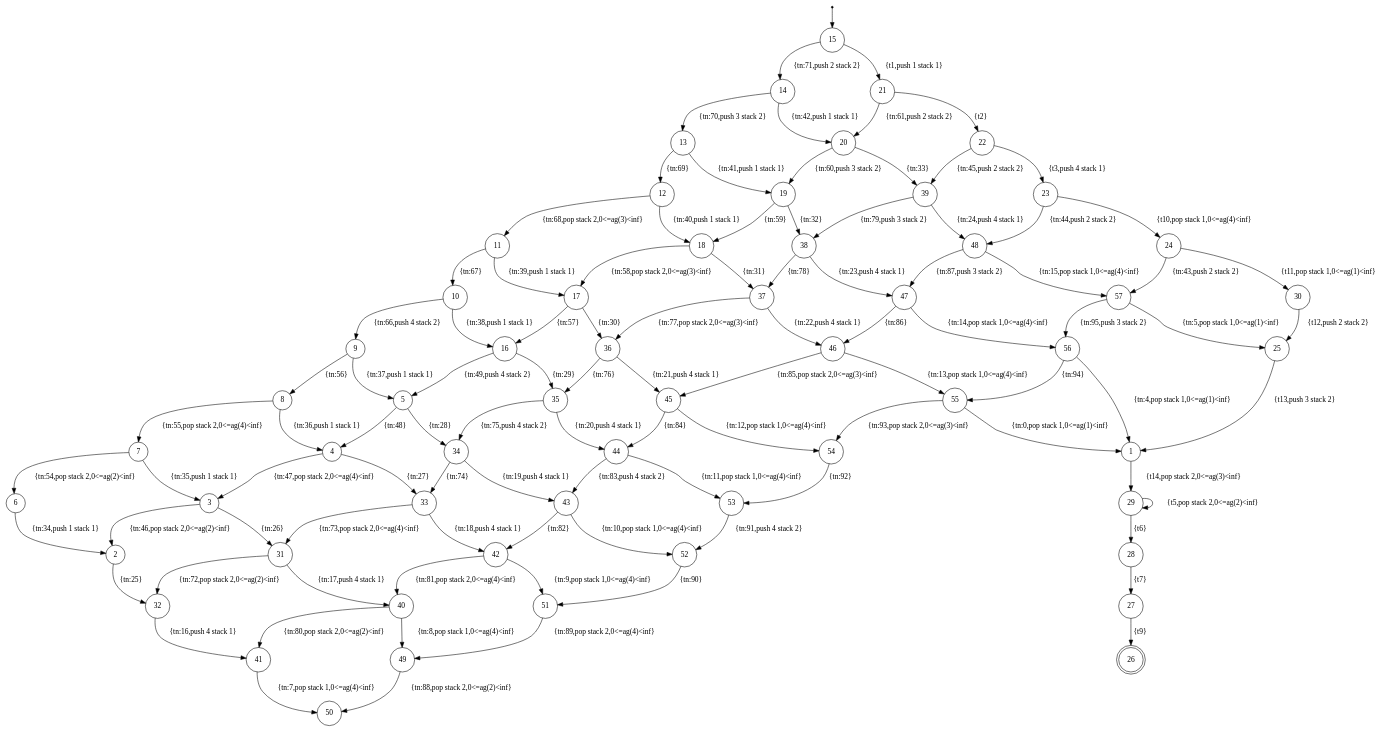
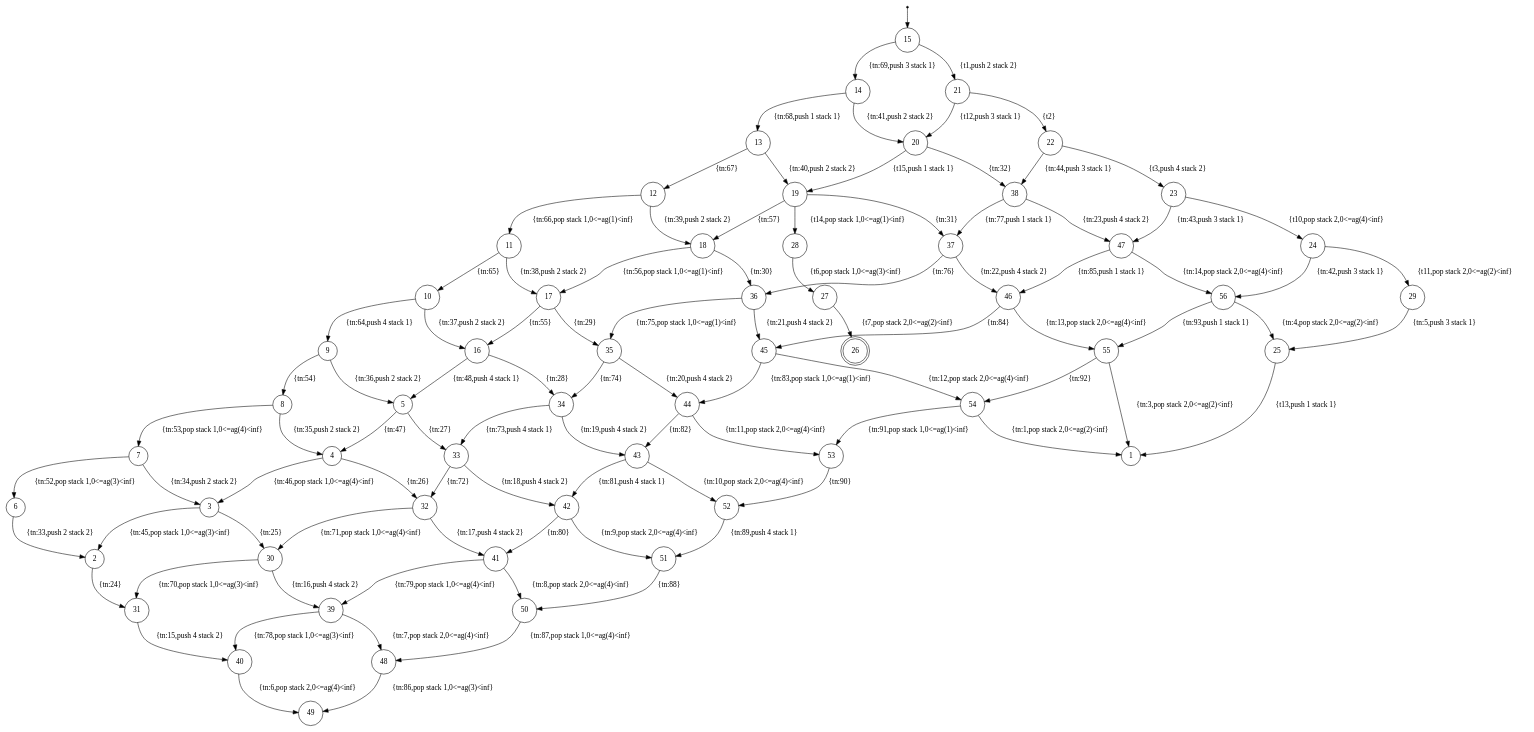
Before and after one commit to Sparsa/bhim: the diagram in Benchmarks in Paper/unTimed/Bluetooth/Bluetooth.xml.dot, drawn with Graphviz. The commit also changed 18 other files, not shown here.

```diff
--- a/Benchmarks in Paper/unTimed/Bluetooth/Bluetooth.xml.dot
+++ b/Benchmarks in Paper/unTimed/Bluetooth/Bluetooth.xml.dot
@@ -1,102 +1,100 @@
 digraph finite_state_machine {
 	node [shape = point ]; qi0;
 	node [shape = doublecircle];26;
 	node [shape=circle];
 	qi0 -> 15;
-	55 -> 1 [ label = "{tn:0,pop stack 1,0<=ag(1)<inf}" ];
-	29 -> 29 [ label = "{t5,pop stack 2,0<=ag(2)<inf}" ];
-	1 -> 29 [ label = "{t14,pop stack 2,0<=ag(3)<inf}" ];
-	25 -> 1 [ label = "{t13,push 3 stack 2}" ];
-	56 -> 1 [ label = "{tn:4,pop stack 1,0<=ag(1)<inf}" ];
-	57 -> 25 [ label = "{tn:5,pop stack 1,0<=ag(1)<inf}" ];
-	30 -> 25 [ label = "{t12,push 2 stack 2}" ];
-	41 -> 50 [ label = "{tn:7,pop stack 1,0<=ag(4)<inf}" ];
-	40 -> 49 [ label = "{tn:8,pop stack 1,0<=ag(4)<inf}" ];
-	42 -> 51 [ label = "{tn:9,pop stack 1,0<=ag(4)<inf}" ];
-	43 -> 52 [ label = "{tn:10,pop stack 1,0<=ag(4)<inf}" ];
-	44 -> 53 [ label = "{tn:11,pop stack 1,0<=ag(4)<inf}" ];
-	45 -> 54 [ label = "{tn:12,pop stack 1,0<=ag(4)<inf}" ];
-	46 -> 55 [ label = "{tn:13,pop stack 1,0<=ag(4)<inf}" ];
-	47 -> 56 [ label = "{tn:14,pop stack 1,0<=ag(4)<inf}" ];
-	48 -> 57 [ label = "{tn:15,pop stack 1,0<=ag(4)<inf}" ];
-	32 -> 41 [ label = "{tn:16,push 4 stack 1}" ];
-	31 -> 40 [ label = "{tn:17,push 4 stack 1}" ];
-	33 -> 42 [ label = "{tn:18,push 4 stack 1}" ];
-	34 -> 43 [ label = "{tn:19,push 4 stack 1}" ];
-	35 -> 44 [ label = "{tn:20,push 4 stack 1}" ];
-	36 -> 45 [ label = "{tn:21,push 4 stack 1}" ];
-	37 -> 46 [ label = "{tn:22,push 4 stack 1}" ];
-	38 -> 47 [ label = "{tn:23,push 4 stack 1}" ];
-	39 -> 48 [ label = "{tn:24,push 4 stack 1}" ];
-	2 -> 32 [ label = "{tn:25}" ];
-	3 -> 31 [ label = "{tn:26}" ];
-	4 -> 33 [ label = "{tn:27}" ];
-	5 -> 34 [ label = "{tn:28}" ];
-	16 -> 35 [ label = "{tn:29}" ];
-	17 -> 36 [ label = "{tn:30}" ];
-	18 -> 37 [ label = "{tn:31}" ];
-	19 -> 38 [ label = "{tn:32}" ];
-	20 -> 39 [ label = "{tn:33}" ];
-	6 -> 2 [ label = "{tn:34,push 1 stack 1}" ];
-	7 -> 3 [ label = "{tn:35,push 1 stack 1}" ];
-	8 -> 4 [ label = "{tn:36,push 1 stack 1}" ];
-	9 -> 5 [ label = "{tn:37,push 1 stack 1}" ];
-	10 -> 16 [ label = "{tn:38,push 1 stack 1}" ];
-	11 -> 17 [ label = "{tn:39,push 1 stack 1}" ];
-	12 -> 18 [ label = "{tn:40,push 1 stack 1}" ];
-	13 -> 19 [ label = "{tn:41,push 1 stack 1}" ];
-	14 -> 20 [ label = "{tn:42,push 1 stack 1}" ];
-	24 -> 57 [ label = "{tn:43,push 2 stack 2}" ];
-	23 -> 48 [ label = "{tn:44,push 2 stack 2}" ];
-	22 -> 39 [ label = "{tn:45,push 2 stack 2}" ];
-	3 -> 2 [ label = "{tn:46,pop stack 2,0<=ag(2)<inf}" ];
-	4 -> 3 [ label = "{tn:47,pop stack 2,0<=ag(4)<inf}" ];
-	5 -> 4 [ label = "{tn:48}" ];
-	16 -> 5 [ label = "{tn:49,push 4 stack 2}" ];
-	27 -> 26 [ label = "{t9}" ];
-	28 -> 27 [ label = "{t7}" ];
-	29 -> 28 [ label = "{t6}" ];
-	15 -> 21 [ label = "{t1,push 1 stack 1}" ];
-	7 -> 6 [ label = "{tn:54,pop stack 2,0<=ag(2)<inf}" ];
-	8 -> 7 [ label = "{tn:55,pop stack 2,0<=ag(4)<inf}" ];
-	9 -> 8 [ label = "{tn:56}" ];
-	17 -> 16 [ label = "{tn:57}" ];
-	18 -> 17 [ label = "{tn:58,pop stack 2,0<=ag(3)<inf}" ];
-	19 -> 18 [ label = "{tn:59}" ];
-	20 -> 19 [ label = "{tn:60,push 3 stack 2}" ];
-	21 -> 20 [ label = "{tn:61,push 2 stack 2}" ];
-	24 -> 30 [ label = "{t11,pop stack 1,0<=ag(1)<inf}" ];
-	23 -> 24 [ label = "{t10,pop stack 1,0<=ag(4)<inf}" ];
-	22 -> 23 [ label = "{t3,push 4 stack 1}" ];
+	19 -> 28 [ label = "{t14,pop stack 1,0<=ag(1)<inf}" ];
+	54 -> 1 [ label = "{tn:1,pop stack 2,0<=ag(2)<inf}" ];
+	25 -> 1 [ label = "{t13,push 1 stack 1}" ];
+	55 -> 1 [ label = "{tn:3,pop stack 2,0<=ag(2)<inf}" ];
+	56 -> 25 [ label = "{tn:4,pop stack 2,0<=ag(2)<inf}" ];
+	29 -> 25 [ label = "{tn:5,push 3 stack 1}" ];
+	40 -> 49 [ label = "{tn:6,pop stack 2,0<=ag(4)<inf}" ];
+	39 -> 48 [ label = "{tn:7,pop stack 2,0<=ag(4)<inf}" ];
+	41 -> 50 [ label = "{tn:8,pop stack 2,0<=ag(4)<inf}" ];
+	42 -> 51 [ label = "{tn:9,pop stack 2,0<=ag(4)<inf}" ];
+	43 -> 52 [ label = "{tn:10,pop stack 2,0<=ag(4)<inf}" ];
+	44 -> 53 [ label = "{tn:11,pop stack 2,0<=ag(4)<inf}" ];
+	45 -> 54 [ label = "{tn:12,pop stack 2,0<=ag(4)<inf}" ];
+	46 -> 55 [ label = "{tn:13,pop stack 2,0<=ag(4)<inf}" ];
+	47 -> 56 [ label = "{tn:14,pop stack 2,0<=ag(4)<inf}" ];
+	31 -> 40 [ label = "{tn:15,push 4 stack 2}" ];
+	30 -> 39 [ label = "{tn:16,push 4 stack 2}" ];
+	32 -> 41 [ label = "{tn:17,push 4 stack 2}" ];
+	33 -> 42 [ label = "{tn:18,push 4 stack 2}" ];
+	34 -> 43 [ label = "{tn:19,push 4 stack 2}" ];
+	35 -> 44 [ label = "{tn:20,push 4 stack 2}" ];
+	36 -> 45 [ label = "{tn:21,push 4 stack 2}" ];
+	37 -> 46 [ label = "{tn:22,push 4 stack 2}" ];
+	38 -> 47 [ label = "{tn:23,push 4 stack 2}" ];
+	2 -> 31 [ label = "{tn:24}" ];
+	3 -> 30 [ label = "{tn:25}" ];
+	4 -> 32 [ label = "{tn:26}" ];
+	5 -> 33 [ label = "{tn:27}" ];
+	16 -> 34 [ label = "{tn:28}" ];
+	17 -> 35 [ label = "{tn:29}" ];
+	18 -> 36 [ label = "{tn:30}" ];
+	19 -> 37 [ label = "{tn:31}" ];
+	20 -> 38 [ label = "{tn:32}" ];
+	6 -> 2 [ label = "{tn:33,push 2 stack 2}" ];
+	7 -> 3 [ label = "{tn:34,push 2 stack 2}" ];
+	8 -> 4 [ label = "{tn:35,push 2 stack 2}" ];
+	9 -> 5 [ label = "{tn:36,push 2 stack 2}" ];
+	10 -> 16 [ label = "{tn:37,push 2 stack 2}" ];
+	11 -> 17 [ label = "{tn:38,push 2 stack 2}" ];
+	12 -> 18 [ label = "{tn:39,push 2 stack 2}" ];
+	13 -> 19 [ label = "{tn:40,push 2 stack 2}" ];
+	14 -> 20 [ label = "{tn:41,push 2 stack 2}" ];
+	24 -> 56 [ label = "{tn:42,push 3 stack 1}" ];
+	23 -> 47 [ label = "{tn:43,push 3 stack 1}" ];
+	22 -> 38 [ label = "{tn:44,push 3 stack 1}" ];
+	3 -> 2 [ label = "{tn:45,pop stack 1,0<=ag(3)<inf}" ];
+	4 -> 3 [ label = "{tn:46,pop stack 1,0<=ag(4)<inf}" ];
+	5 -> 4 [ label = "{tn:47}" ];
+	16 -> 5 [ label = "{tn:48,push 4 stack 1}" ];
+	27 -> 26 [ label = "{t7,pop stack 2,0<=ag(2)<inf}" ];
+	28 -> 27 [ label = "{t6,pop stack 1,0<=ag(3)<inf}" ];
+	15 -> 21 [ label = "{t1,push 2 stack 2}" ];
+	7 -> 6 [ label = "{tn:52,pop stack 1,0<=ag(3)<inf}" ];
+	8 -> 7 [ label = "{tn:53,pop stack 1,0<=ag(4)<inf}" ];
+	9 -> 8 [ label = "{tn:54}" ];
+	17 -> 16 [ label = "{tn:55}" ];
+	18 -> 17 [ label = "{tn:56,pop stack 1,0<=ag(1)<inf}" ];
+	19 -> 18 [ label = "{tn:57}" ];
+	20 -> 19 [ label = "{t15,push 1 stack 1}" ];
+	21 -> 20 [ label = "{t12,push 3 stack 1}" ];
+	24 -> 29 [ label = "{t11,pop stack 2,0<=ag(2)<inf}" ];
+	23 -> 24 [ label = "{t10,pop stack 2,0<=ag(4)<inf}" ];
+	22 -> 23 [ label = "{t3,push 4 stack 2}" ];
 	21 -> 22 [ label = "{t2}" ];
-	10 -> 9 [ label = "{tn:66,push 4 stack 2}" ];
-	11 -> 10 [ label = "{tn:67}" ];
-	12 -> 11 [ label = "{tn:68,pop stack 2,0<=ag(3)<inf}" ];
-	13 -> 12 [ label = "{tn:69}" ];
-	14 -> 13 [ label = "{tn:70,push 3 stack 2}" ];
-	15 -> 14 [ label = "{tn:71,push 2 stack 2}" ];
-	31 -> 32 [ label = "{tn:72,pop stack 2,0<=ag(2)<inf}" ];
-	33 -> 31 [ label = "{tn:73,pop stack 2,0<=ag(4)<inf}" ];
-	34 -> 33 [ label = "{tn:74}" ];
-	35 -> 34 [ label = "{tn:75,push 4 stack 2}" ];
-	36 -> 35 [ label = "{tn:76}" ];
-	37 -> 36 [ label = "{tn:77,pop stack 2,0<=ag(3)<inf}" ];
-	38 -> 37 [ label = "{tn:78}" ];
-	39 -> 38 [ label = "{tn:79,push 3 stack 2}" ];
-	40 -> 41 [ label = "{tn:80,pop stack 2,0<=ag(2)<inf}" ];
-	42 -> 40 [ label = "{tn:81,pop stack 2,0<=ag(4)<inf}" ];
-	43 -> 42 [ label = "{tn:82}" ];
-	44 -> 43 [ label = "{tn:83,push 4 stack 2}" ];
-	45 -> 44 [ label = "{tn:84}" ];
-	46 -> 45 [ label = "{tn:85,pop stack 2,0<=ag(3)<inf}" ];
-	47 -> 46 [ label = "{tn:86}" ];
-	48 -> 47 [ label = "{tn:87,push 3 stack 2}" ];
-	49 -> 50 [ label = "{tn:88,pop stack 2,0<=ag(2)<inf}" ];
-	51 -> 49 [ label = "{tn:89,pop stack 2,0<=ag(4)<inf}" ];
-	52 -> 51 [ label = "{tn:90}" ];
-	53 -> 52 [ label = "{tn:91,push 4 stack 2}" ];
-	54 -> 53 [ label = "{tn:92}" ];
-	55 -> 54 [ label = "{tn:93,pop stack 2,0<=ag(3)<inf}" ];
-	56 -> 55 [ label = "{tn:94}" ];
-	57 -> 56 [ label = "{tn:95,push 3 stack 2}" ];
+	10 -> 9 [ label = "{tn:64,push 4 stack 1}" ];
+	11 -> 10 [ label = "{tn:65}" ];
+	12 -> 11 [ label = "{tn:66,pop stack 1,0<=ag(1)<inf}" ];
+	13 -> 12 [ label = "{tn:67}" ];
+	14 -> 13 [ label = "{tn:68,push 1 stack 1}" ];
+	15 -> 14 [ label = "{tn:69,push 3 stack 1}" ];
+	30 -> 31 [ label = "{tn:70,pop stack 1,0<=ag(3)<inf}" ];
+	32 -> 30 [ label = "{tn:71,pop stack 1,0<=ag(4)<inf}" ];
+	33 -> 32 [ label = "{tn:72}" ];
+	34 -> 33 [ label = "{tn:73,push 4 stack 1}" ];
+	35 -> 34 [ label = "{tn:74}" ];
+	36 -> 35 [ label = "{tn:75,pop stack 1,0<=ag(1)<inf}" ];
+	37 -> 36 [ label = "{tn:76}" ];
+	38 -> 37 [ label = "{tn:77,push 1 stack 1}" ];
+	39 -> 40 [ label = "{tn:78,pop stack 1,0<=ag(3)<inf}" ];
+	41 -> 39 [ label = "{tn:79,pop stack 1,0<=ag(4)<inf}" ];
+	42 -> 41 [ label = "{tn:80}" ];
+	43 -> 42 [ label = "{tn:81,push 4 stack 1}" ];
+	44 -> 43 [ label = "{tn:82}" ];
+	45 -> 44 [ label = "{tn:83,pop stack 1,0<=ag(1)<inf}" ];
+	46 -> 45 [ label = "{tn:84}" ];
+	47 -> 46 [ label = "{tn:85,push 1 stack 1}" ];
+	48 -> 49 [ label = "{tn:86,pop stack 1,0<=ag(3)<inf}" ];
+	50 -> 48 [ label = "{tn:87,pop stack 1,0<=ag(4)<inf}" ];
+	51 -> 50 [ label = "{tn:88}" ];
+	52 -> 51 [ label = "{tn:89,push 4 stack 1}" ];
+	53 -> 52 [ label = "{tn:90}" ];
+	54 -> 53 [ label = "{tn:91,pop stack 1,0<=ag(1)<inf}" ];
+	55 -> 54 [ label = "{tn:92}" ];
+	56 -> 55 [ label = "{tn:93,push 1 stack 1}" ];
 }
```
